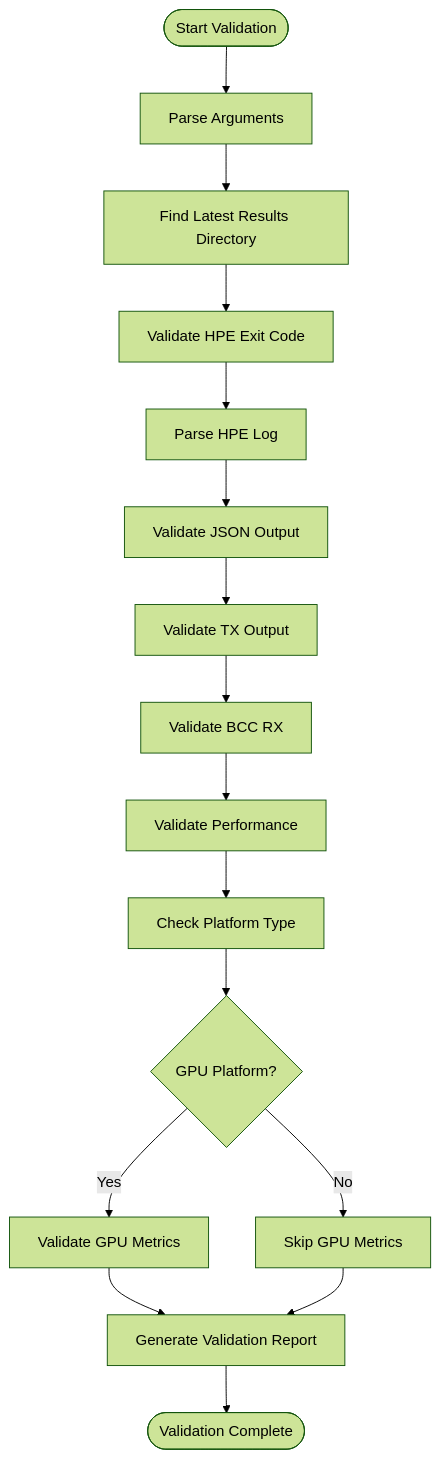
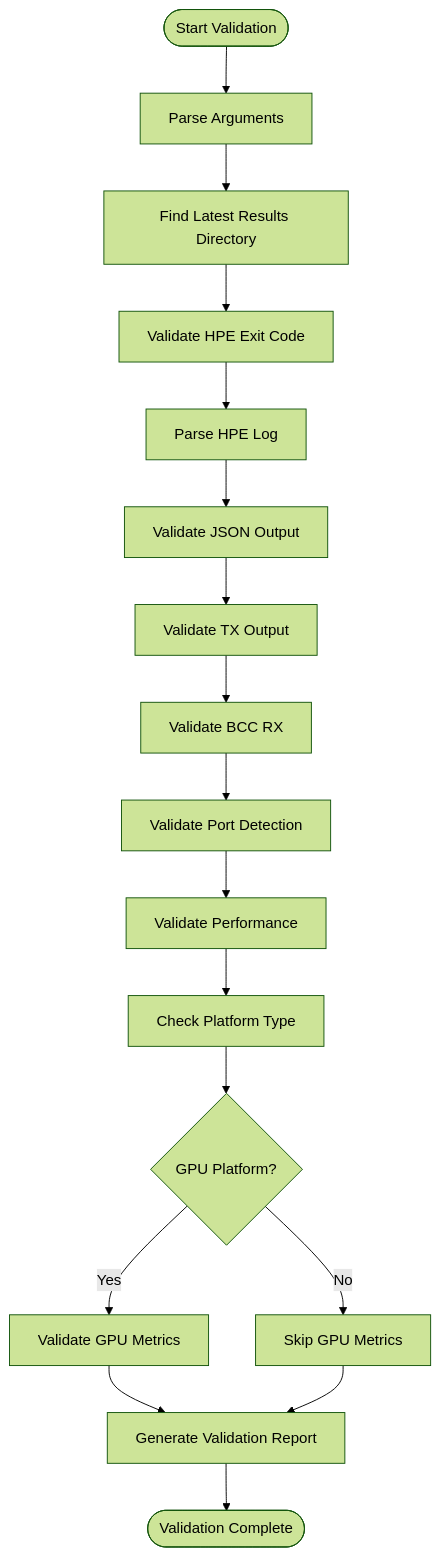
Before and after one commit to Fogus-Gr/MeasurementsDTs: the fifth of 9 diagrams in .qoder/repowiki/en/content/Development Tools/Testing and Validation.md, drawn with Mermaid (forest theme). The commit also changed other lines of this file and 7 other files, not shown here.

````diff
--- a/.qoder/repowiki/en/content/Development Tools/Testing and Validation.md
+++ b/.qoder/repowiki/en/content/Development Tools/Testing and Validation.md
@@ -349,18 +453,19 @@
 ```mermaid
 flowchart TD
 Start(["Start Validation"]) --> ParseArgs["Parse Arguments"]
 ParseArgs --> FindDir["Find Latest Results Directory"]
 FindDir --> ValidateExit["Validate HPE Exit Code"]
 ValidateExit --> ParseLog["Parse HPE Log"]
 ParseLog --> ValidateJSON["Validate JSON Output"]
 ValidateJSON --> ValidateTX["Validate TX Output"]
 ValidateTX --> ValidateBCC["Validate BCC RX"]
-ValidateBCC --> ValidatePerf["Validate Performance"]
+ValidateBCC --> ValidatePort["Validate Port Detection"]
+ValidatePort --> ValidatePerf["Validate Performance"]
 ValidatePerf --> CheckPlatform["Check Platform Type"]
 CheckPlatform --> IsGPU{"GPU Platform?"}
 IsGPU --> |Yes| ValidateGPU["Validate GPU Metrics"]
 IsGPU --> |No| SkipGPU["Skip GPU Metrics"]
 ValidateGPU --> GenerateReport["Generate Validation Report"]
 SkipGPU --> GenerateReport
 GenerateReport --> End(["Validation Complete"])
 ```
````
